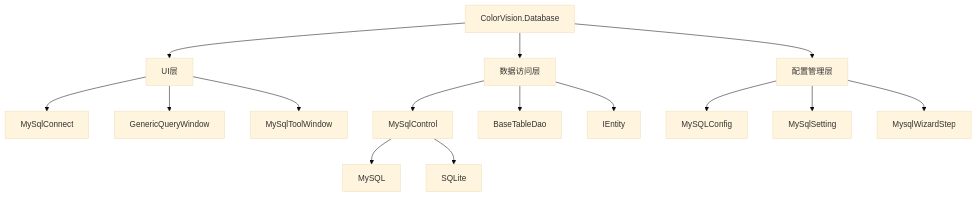
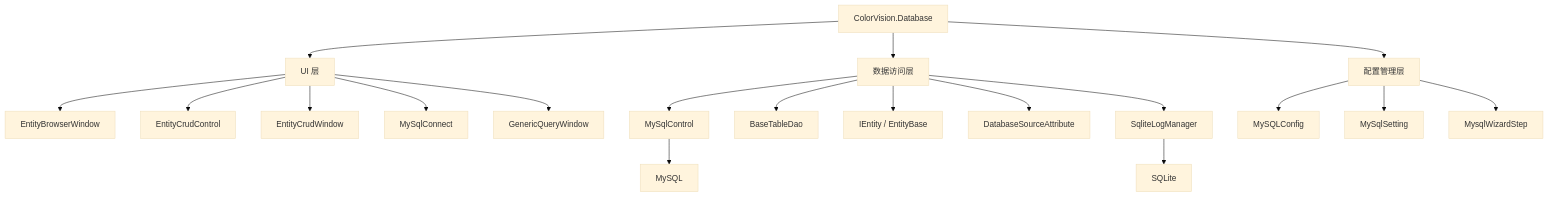
The diagram in docs/04-api-reference/ui-components/ColorVision.Database.md (xincheng213618/scgd_general_wpf), drawn with Mermaid (base theme) before and after one commit. The commit also changed other lines of this file and 33 other files, not shown here.

````diff
--- a/docs/04-api-reference/ui-components/ColorVision.Database.md
+++ b/docs/04-api-reference/ui-components/ColorVision.Database.md
@@ -50,21 +59,25 @@
 ```mermaid
 graph TD
-    A[ColorVision.Database] --> B[UI层]
+    A[ColorVision.Database] --> B[UI 层]
     A --> C[数据访问层]
     A --> D[配置管理层]
-    
-    B --> B1[MySqlConnect]
-    B --> B2[GenericQueryWindow]
-    B --> B3[MySqlToolWindow]
-    
+
+    B --> B1[EntityBrowserWindow]
+    B --> B2[EntityCrudControl]
+    B --> B3[EntityCrudWindow]
+    B --> B4[MySqlConnect]
+    B --> B5[GenericQueryWindow]
+
     C --> C1[MySqlControl]
     C --> C2[BaseTableDao]
-    C --> C3[IEntity]
-    
+    C --> C3[IEntity / EntityBase]
+    C --> C4[DatabaseSourceAttribute]
+    C --> C5[SqliteLogManager]
+
     D --> D1[MySQLConfig]
     D --> D2[MySqlSetting]
     D --> D3[MysqlWizardStep]
-    
+
     C1 --> E[MySQL]
-    C1 --> F[SQLite]
+    C5 --> F[SQLite]
 ```
````
